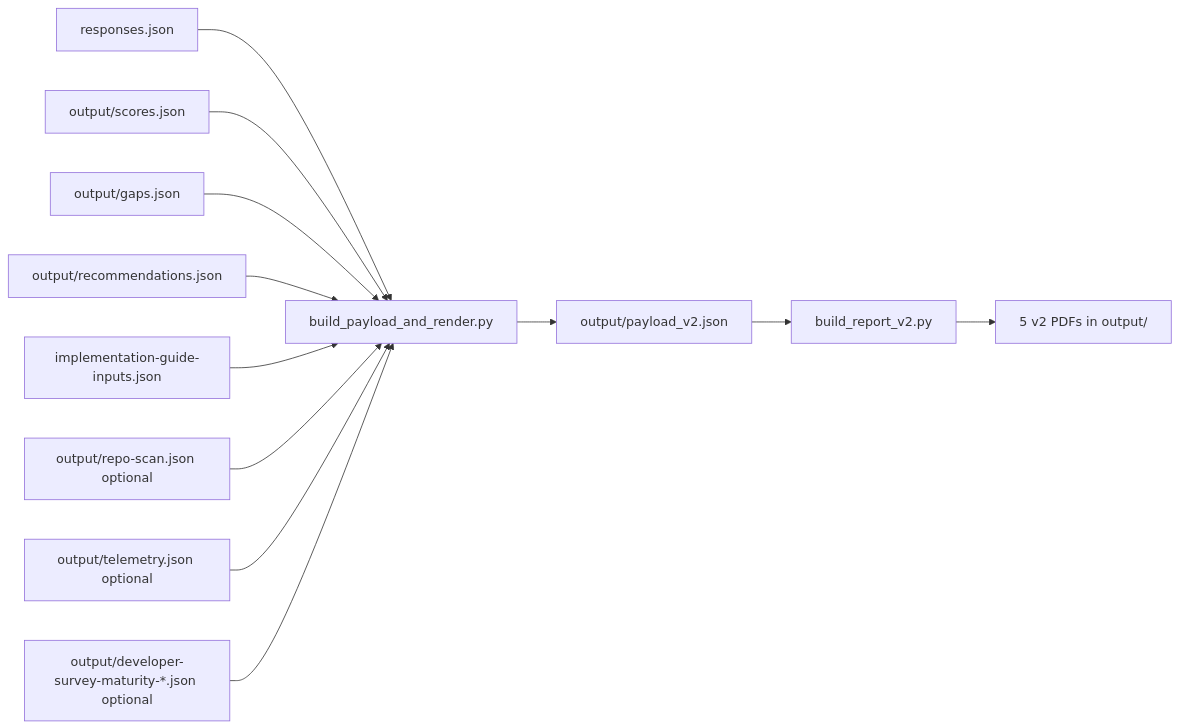
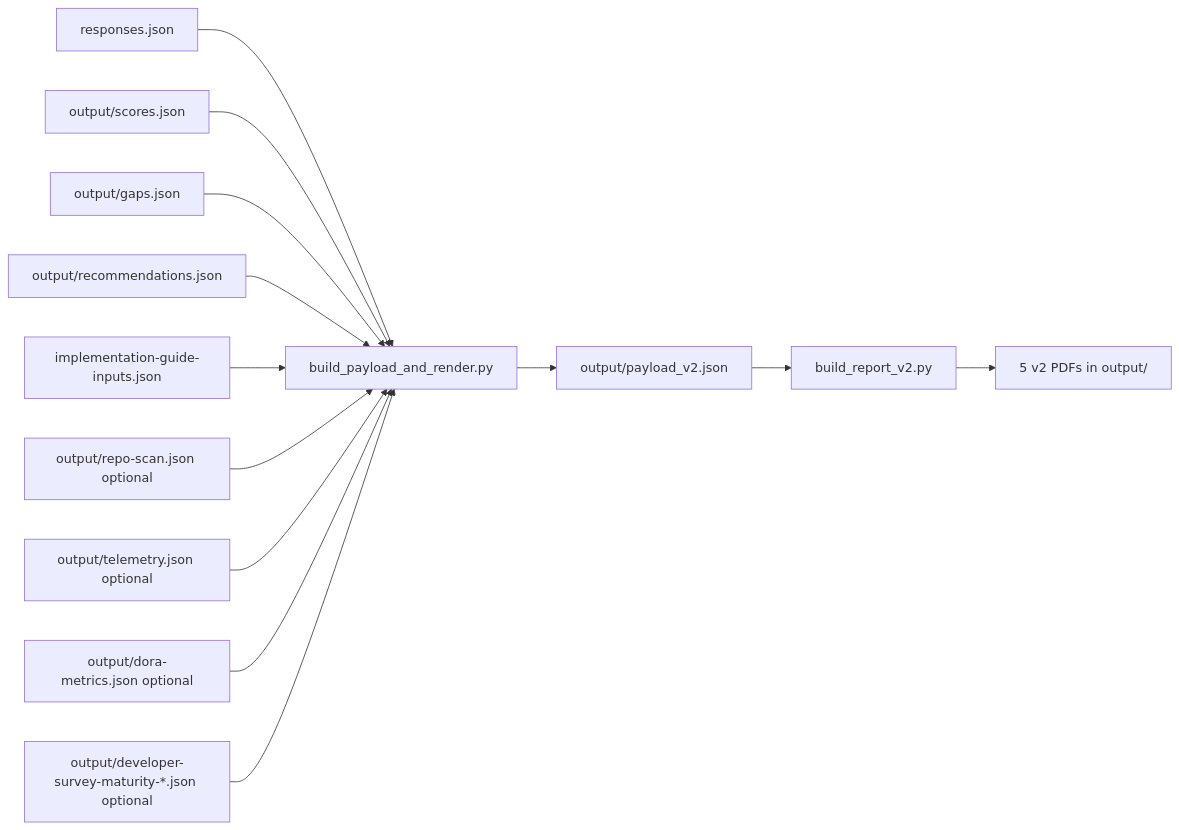
The diagram in reports/scripts/README.es.md (gbb-acelerators/ai-maturity-client-kit), drawn with Mermaid before and after one commit. The commit also changed 84 other files, not shown here.

````diff
--- a/reports/scripts/README.es.md
+++ b/reports/scripts/README.es.md
@@ -22,14 +22,15 @@
 ```mermaid
 flowchart LR
     A[responses.json] --> M[build_payload_and_render.py]
     B[output/scores.json] --> M
     C[output/gaps.json] --> M
     D[output/recommendations.json] --> M
     E[implementation-guide-inputs.json] --> M
     F[output/repo-scan.json optional] --> M
     G[output/telemetry.json optional] --> M
+    I[output/dora-metrics.json optional] --> M
     H[output/developer-survey-maturity-*.json optional] --> M
     M --> P[output/payload_v2.json]
     P --> R[build_report_v2.py]
     R --> O[5 v2 PDFs in output/]
 ```
````
